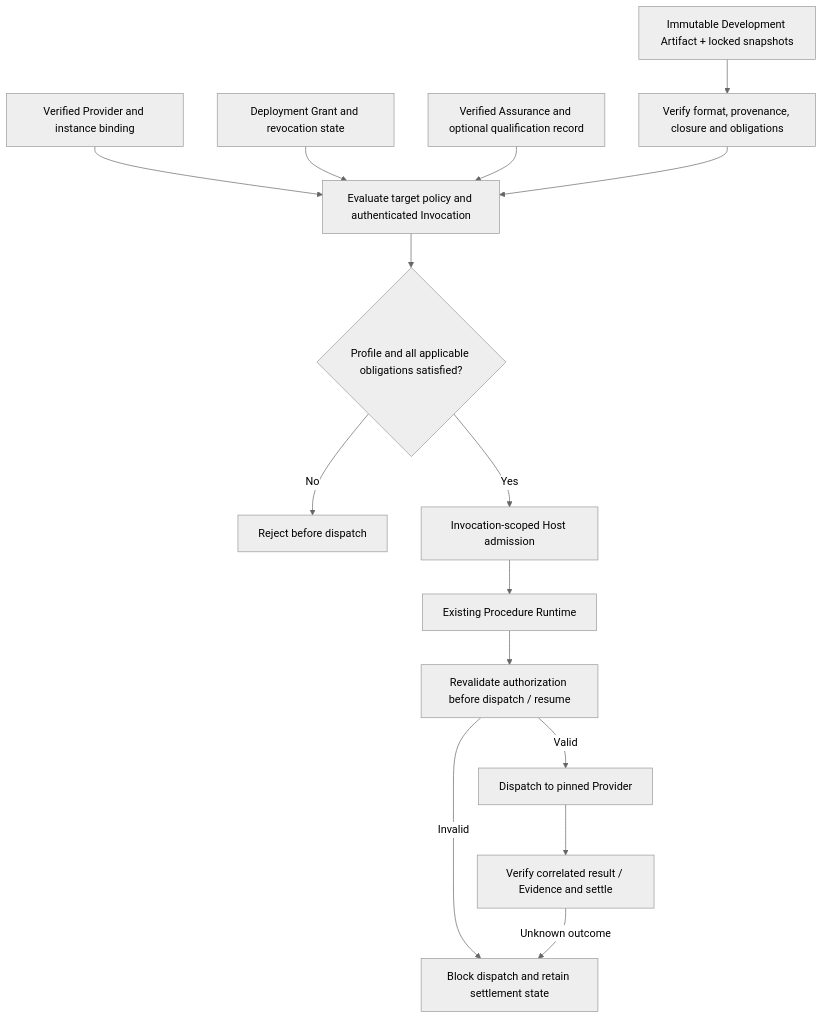
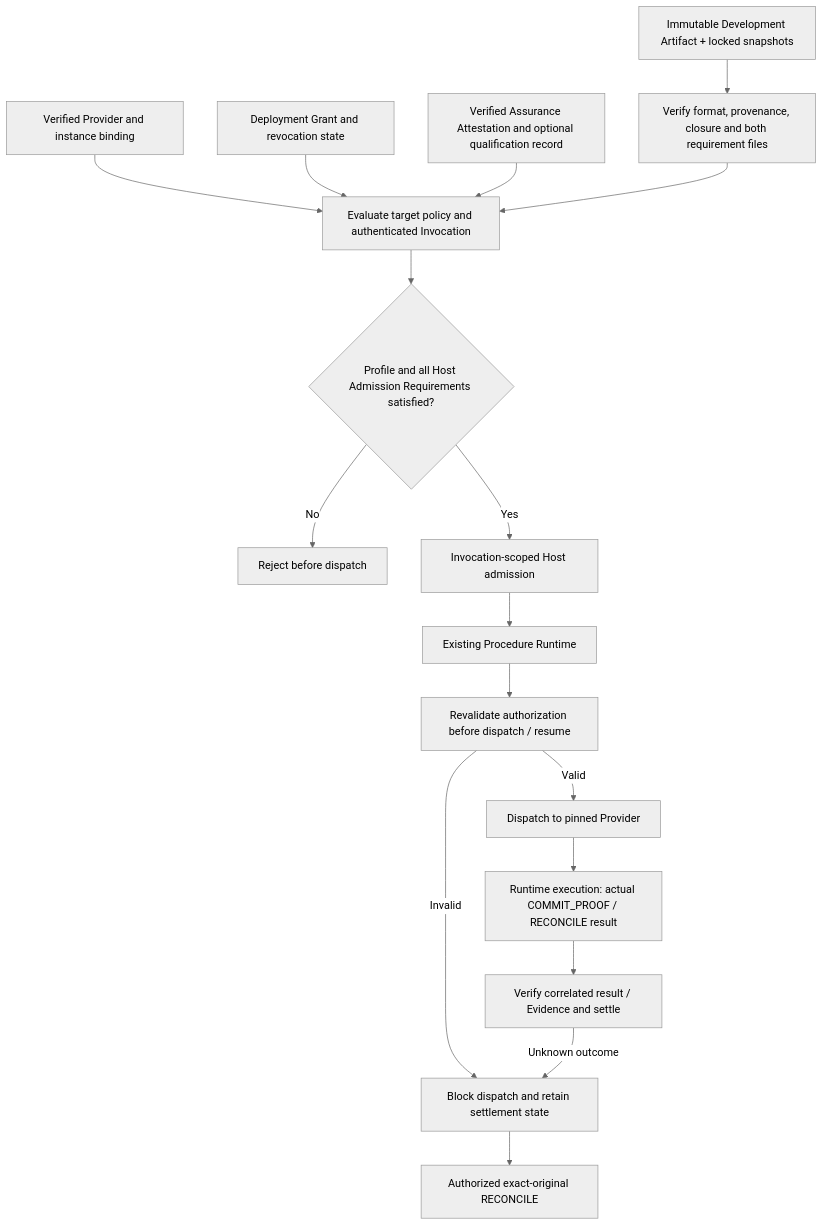
The third of 3 diagrams in docs/design/ca-toolchain-architecture-vnext.zh-CN.md (odango-chan/ca-skill-compiler), drawn with Mermaid (neutral theme) before and after one commit. The commit also changed other lines of this file and 5 other files, not shown here.

```diff
--- a/docs/design/ca-toolchain-architecture-vnext.zh-CN.md
+++ b/docs/design/ca-toolchain-architecture-vnext.zh-CN.md
@@ -116,17 +130,19 @@
 ~~~mermaid
 flowchart TD
-    A["Immutable Development Artifact + locked snapshots"] --> V["Verify format, provenance, closure and obligations"]
+    A["Immutable Development Artifact + locked snapshots"] --> V["Verify format, provenance, closure and both requirement files"]
     P["Verified Provider and instance binding"] --> G["Evaluate target policy and authenticated Invocation"]
     D["Deployment Grant and revocation state"] --> G
-    Q["Verified Assurance and optional qualification record"] --> G
+    Q["Verified Assurance Attestation and optional qualification record"] --> G
     V --> G
-    G --> J{"Profile and all applicable obligations satisfied?"}
+    G --> J{"Profile and all Host Admission Requirements satisfied?"}
     J -->|No| R["Reject before dispatch"]
     J -->|Yes| S["Invocation-scoped Host admission"]
     S --> RUN["Existing Procedure Runtime"]
     RUN --> CHECK["Revalidate authorization before dispatch / resume"]
     CHECK -->|Valid| DIS["Dispatch to pinned Provider"]
     CHECK -->|Invalid| HOLD["Block dispatch and retain settlement state"]
-    DIS --> SET["Verify correlated result / Evidence and settle"]
+    DIS --> CP["Runtime execution: actual COMMIT_PROOF / RECONCILE result"]
+    CP --> SET["Verify correlated result / Evidence and settle"]
     SET -->|Unknown outcome| HOLD
+    HOLD --> REC["Authorized exact-original RECONCILE"]
 ~~~
```
